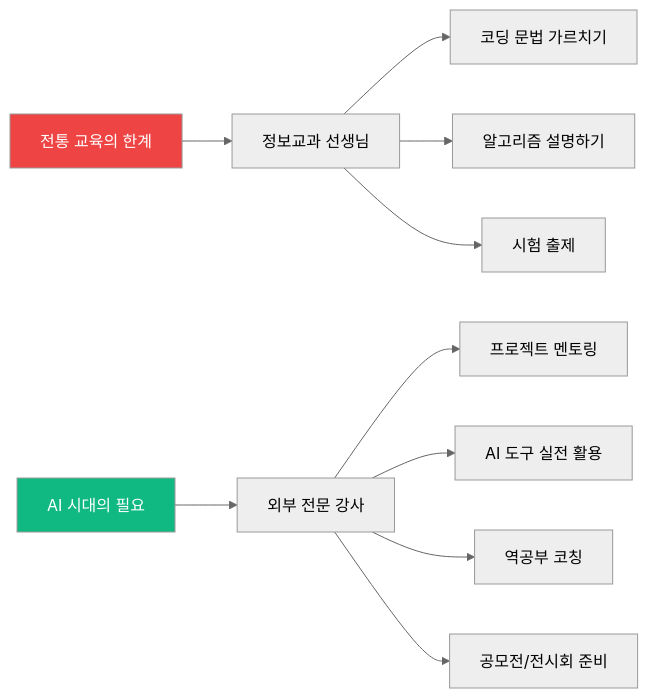
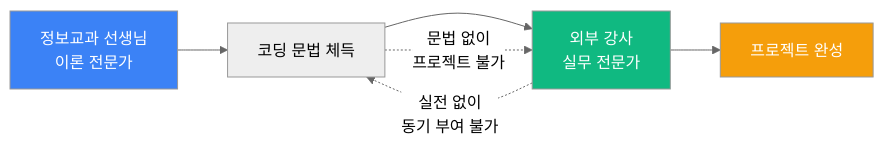
One commit to Collegenie-X/AIMakerLab_Web changed the second of 37 diagrams in documents/외부강사_특화_교육_프로그램.md. Above: the diagram before and after it, drawn with Mermaid (neutral theme). The commit also changed other lines of this file, not shown here.

````diff
--- a/documents/외부강사_특화_교육_프로그램.md
+++ b/documents/외부강사_특화_교육_프로그램.md
@@ -15,16 +56,13 @@
 ```mermaid
 graph LR
-    A[전통 교육의 한계] --> B[정보교과 선생님]
-    B --> B1[코딩 문법 가르치기]
-    B --> B2[알고리즘 설명하기]
-    B --> B3[시험 출제]
+    A[정보교과 선생님<br/>이론 전문가] --> B[코딩 문법 체득]
+    B --> C[외부 강사<br/>실무 전문가]
+    C --> D[프로젝트 완성]
     
-    C[AI 시대의 필요] --> D[외부 전문 강사]
-    D --> D1[프로젝트 멘토링]
-    D --> D2[AI 도구 실전 활용]
-    D --> D3[역공부 코칭]
-    D --> D4[공모전/전시회 준비]
+    B -.문법 없이<br/>프로젝트 불가.-> C
+    C -.실전 없이<br/>동기 부여 불가.-> B
     
-    style A fill:#ef4444,color:#fff
+    style A fill:#3b82f6,color:#fff
     style C fill:#10b981,color:#fff
+    style D fill:#f59e0b,color:#fff
 ```
````
